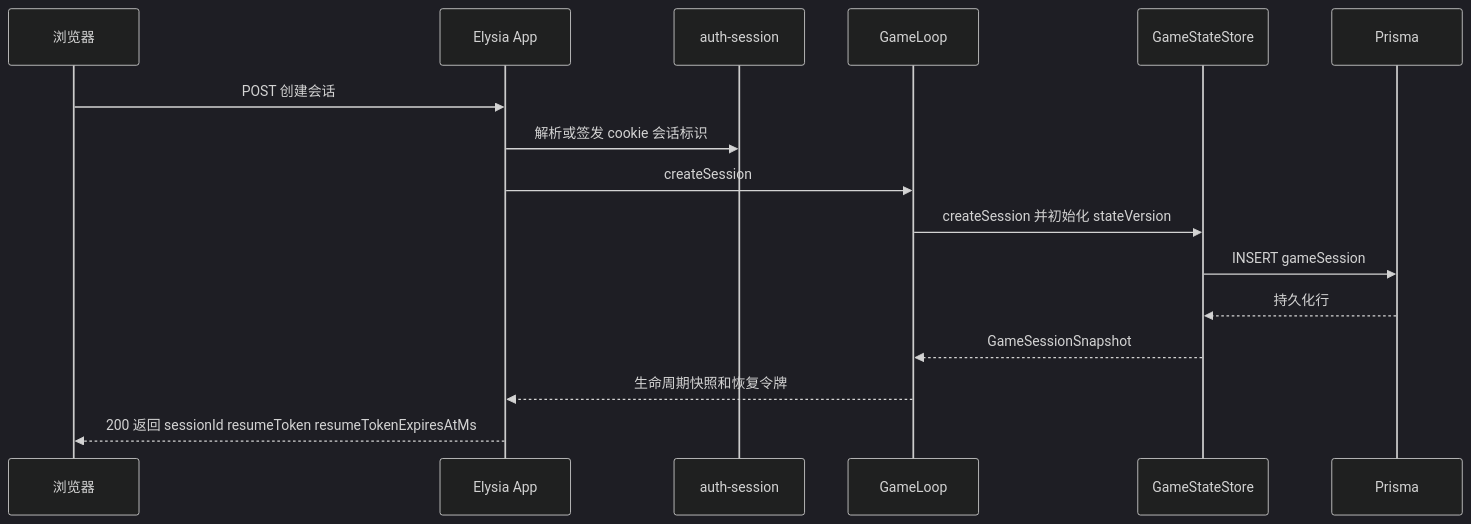
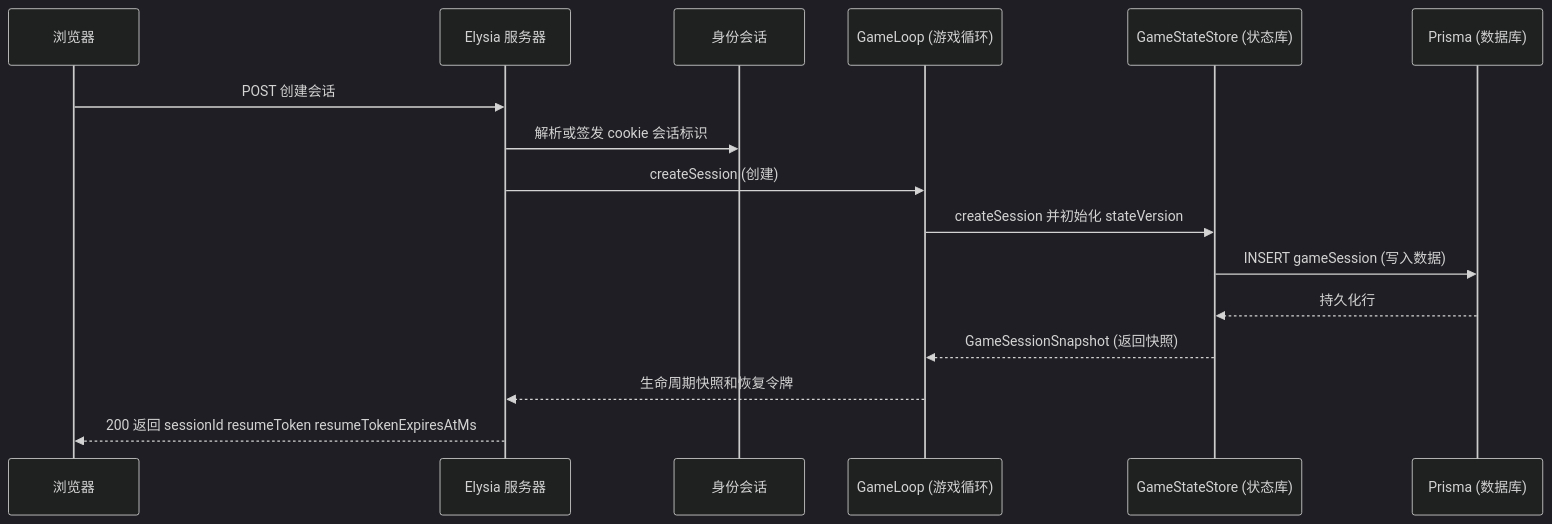
The ninth of 13 diagrams in README.md (d4551/tea), drawn with Mermaid (dark theme) before and after one commit. The commit also changed other lines of this file, not shown here.

Commit message:
docs(i18n): translate remaining english boxes in chinese mermaid charts

````diff
--- a/README.md
+++ b/README.md
@@ -719,19 +719,19 @@
 ```mermaid
 sequenceDiagram
   participant B as 浏览器
-  participant APP as Elysia App
-  participant AUTH as auth-session
-  participant GL as GameLoop
-  participant STORE as GameStateStore
-  participant DB as Prisma
+  participant APP as Elysia 服务器
+  participant AUTH as 身份会话
+  participant GL as GameLoop (游戏循环)
+  participant STORE as GameStateStore (状态库)
+  participant DB as Prisma (数据库)
 
   B->>APP: POST 创建会话
   APP->>AUTH: 解析或签发 cookie 会话标识
-  APP->>GL: createSession
+  APP->>GL: createSession (创建)
   GL->>STORE: createSession 并初始化 stateVersion
-  STORE->>DB: INSERT gameSession
+  STORE->>DB: INSERT gameSession (写入数据)
   DB-->>STORE: 持久化行
-  STORE-->>GL: GameSessionSnapshot
+  STORE-->>GL: GameSessionSnapshot (返回快照)
   GL-->>APP: 生命周期快照和恢复令牌
   APP-->>B: 200 返回 sessionId resumeToken resumeTokenExpiresAtMs
 ```
````
